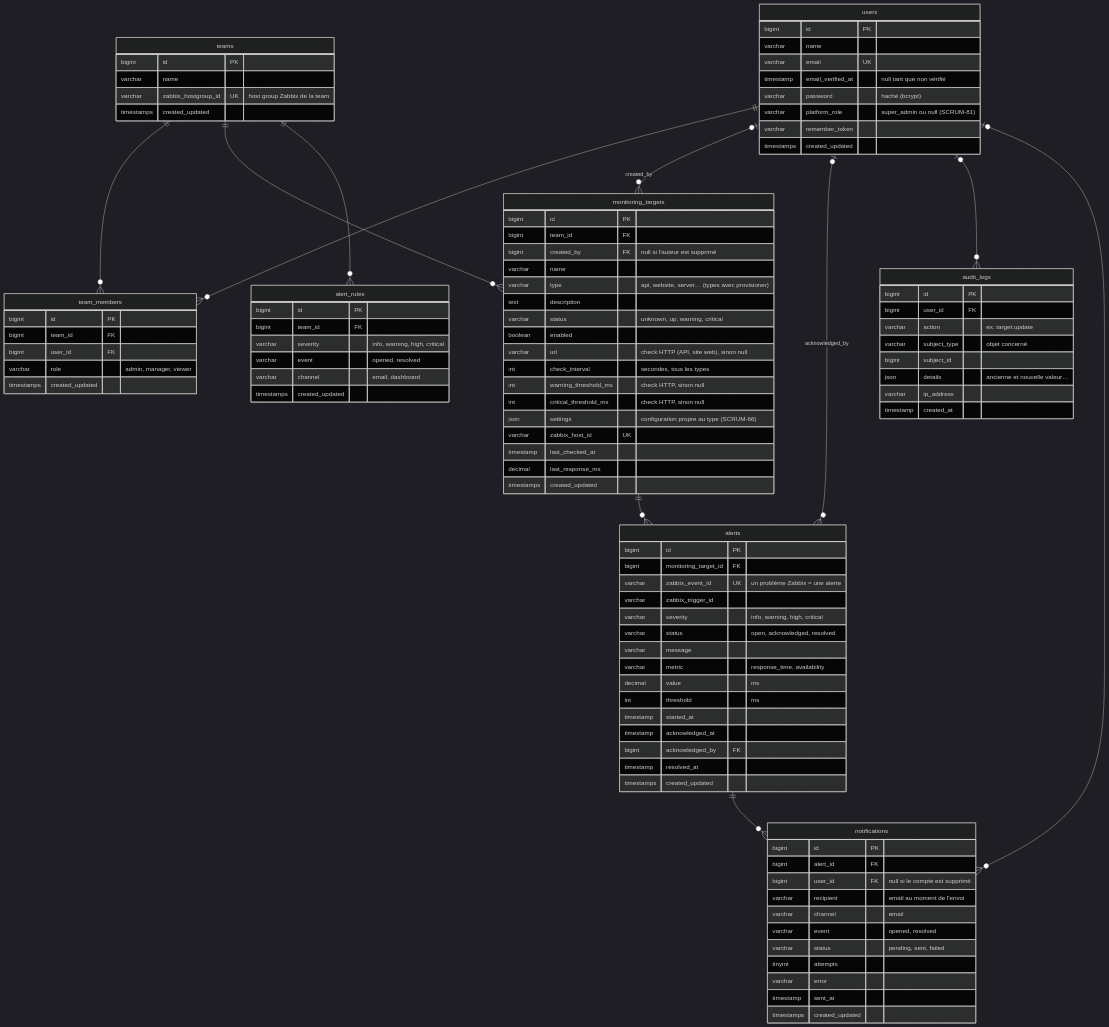
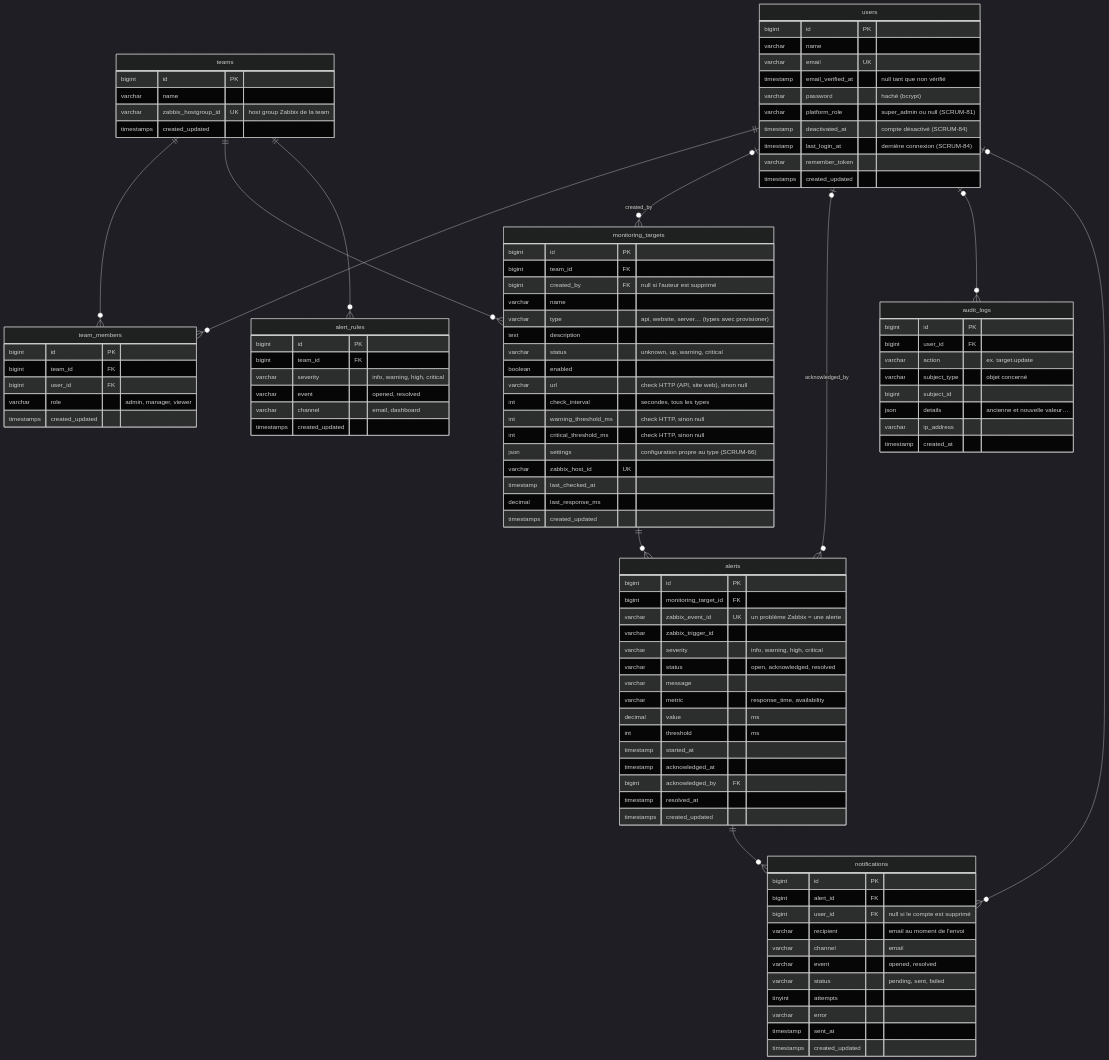
One commit to wissalsaidi/Monitoring-Platform changed the second of 2 diagrams in docs/conception/04-modele-de-donnees.md. Above: the diagram before and after it, drawn with Mermaid (dark theme). The commit also changed 24 other files, not shown here.

```diff
--- a/docs/conception/04-modele-de-donnees.md
+++ b/docs/conception/04-modele-de-donnees.md
@@ -37,6 +37,8 @@
         timestamp email_verified_at "null tant que non vérifié"
         varchar password "haché (bcrypt)"
         varchar platform_role "super_admin ou null (SCRUM-81)"
+        timestamp deactivated_at "compte désactivé (SCRUM-84)"
+        timestamp last_login_at "dernière connexion (SCRUM-84)"
         varchar remember_token
         timestamps created_updated
     }
```
